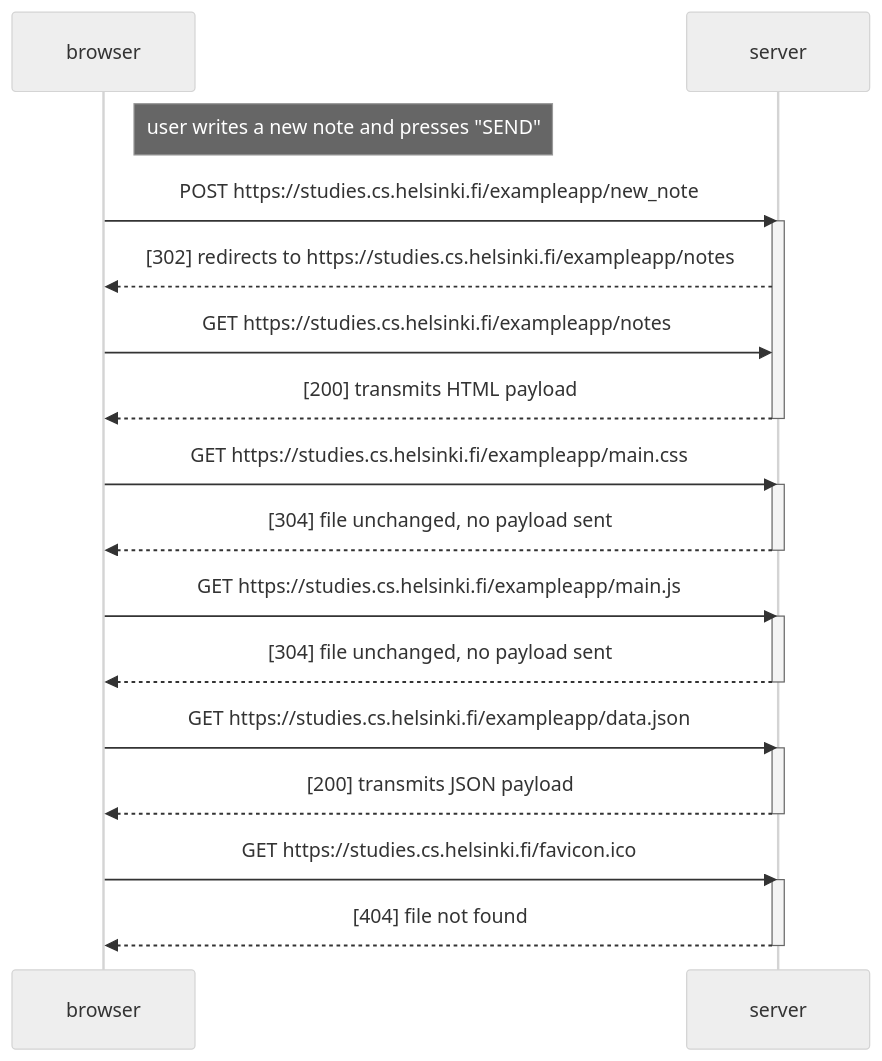
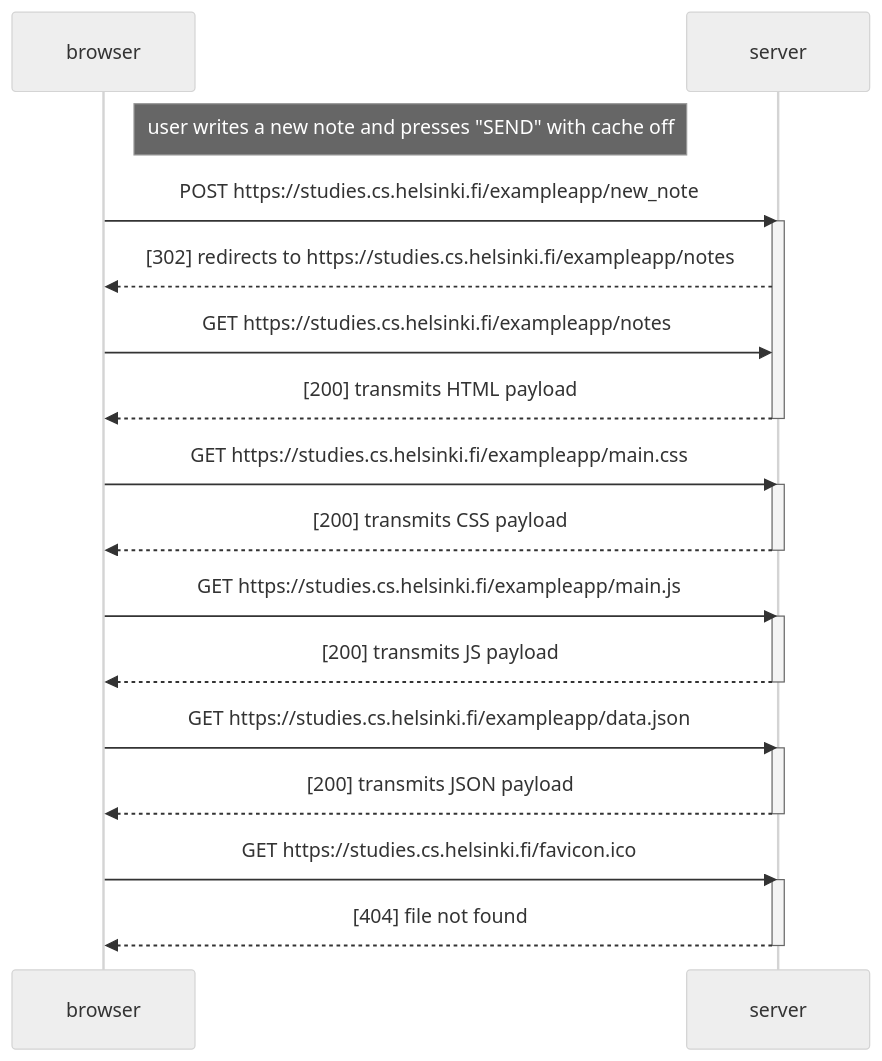
Before and after one commit to k-zhou/FullStackOpen: the diagram in 0_4_diagram.md, drawn with Mermaid (neutral theme).

Commit message:
fixes ex. 0.4.

````diff
--- a/0_4_diagram.md
+++ b/0_4_diagram.md
@@ -1,35 +1,35 @@
 ```mermaid
 sequenceDiagram
     participant browser
     participant server
 
-    Note right of browser: user writes a new note and presses "SEND"
+    Note right of browser: user writes a new note and presses "SEND" with cache off
 
     browser->>server:   POST https://studies.cs.helsinki.fi/exampleapp/new_note
     activate server
     server-->>browser:  [302] redirects to https://studies.cs.helsinki.fi/exampleapp/notes
     browser->>server:   GET https://studies.cs.helsinki.fi/exampleapp/notes
     server-->>browser:  [200] transmits HTML payload
     deactivate server
 
     browser->>server:   GET https://studies.cs.helsinki.fi/exampleapp/main.css
     activate server
-    server-->>browser:  [304] file unchanged, no payload sent
+    server-->>browser:  [200] transmits CSS payload
     deactivate server
 
     browser->>server:   GET https://studies.cs.helsinki.fi/exampleapp/main.js
     activate server
-    server-->>browser:  [304] file unchanged, no payload sent
+    server-->>browser:  [200] transmits JS payload
     deactivate server
 
     browser->>server:   GET https://studies.cs.helsinki.fi/exampleapp/data.json
     activate server
     server-->>browser:  [200] transmits JSON payload
     deactivate server
 
     browser->>server:   GET https://studies.cs.helsinki.fi/favicon.ico
     activate server
     server-->>browser:  [404] file not found
     deactivate server
 
 ```
````
